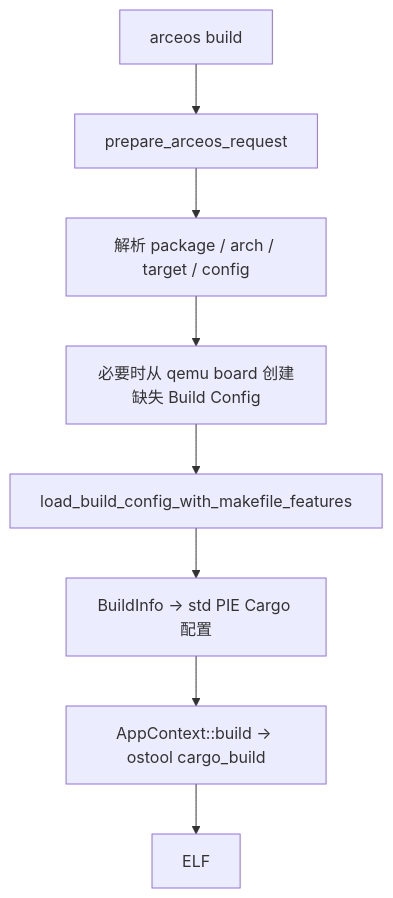
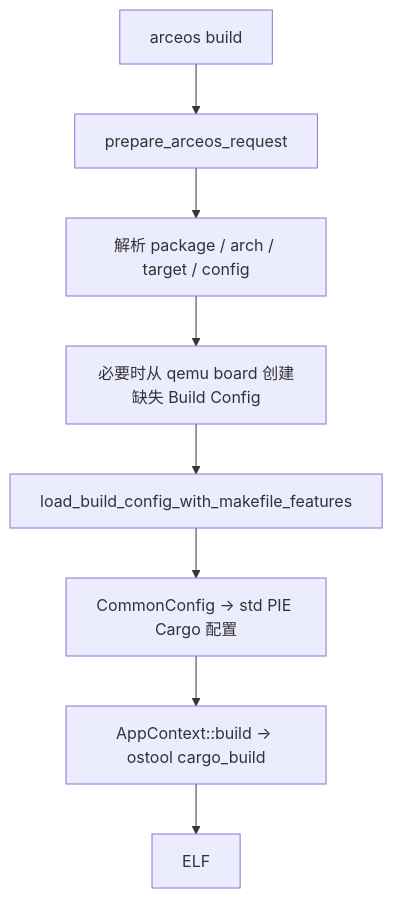
Before and after one commit to rcore-os/tgoskits: the diagram in docs/docs/build/arceos/build.md, drawn with Mermaid. The commit also changed other lines of this file and 97 other files, not shown here.

Commit message:
refactor(ax-config): centralize build inputs and runtime parameters

````diff
--- a/docs/docs/build/arceos/build.md
+++ b/docs/docs/build/arceos/build.md
@@ -14,10 +14,10 @@
 ```mermaid
 flowchart TD
     A["arceos build"] --> B["prepare_arceos_request"]
     B --> C["解析 package / arch / target / config"]
     C --> D["必要时从 qemu board 创建缺失 Build Config"]
     D --> E["load_build_config_with_makefile_features"]
-    E --> F["BuildInfo → std PIE Cargo 配置"]
+    E --> F["CommonConfig → std PIE Cargo 配置"]
     F --> G["AppContext::build → ostool cargo_build"]
     G --> H["ELF"]
 ```
````
